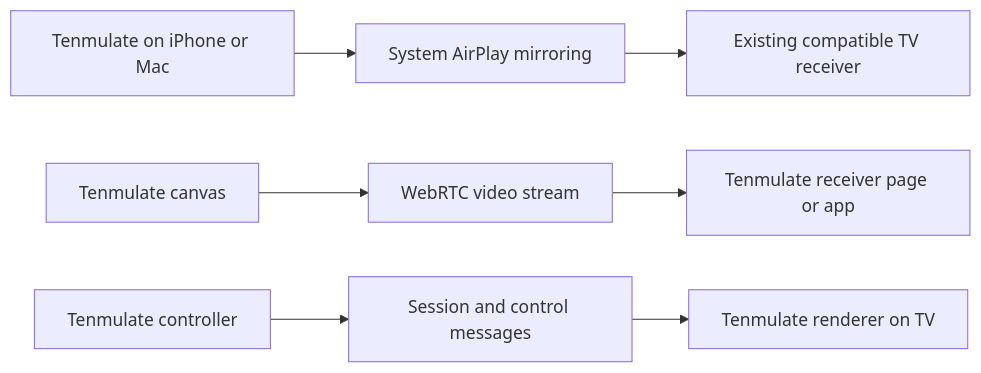
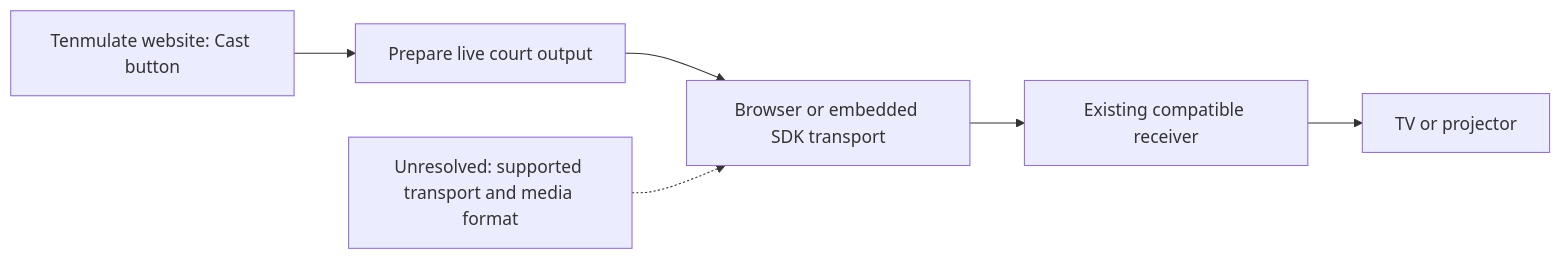
The diagram in docs/research/lan-casting-and-mirroring-2026-09-08.md (XiaoTianFan/Tenmulate), drawn with Mermaid before and after one commit. The commit also changed other lines of this file and 2 other files, not shown here.

Commit message:
docs: constrain casting research to website senders and existing receivers

````diff
--- a/docs/research/lan-casting-and-mirroring-2026-09-08.md
+++ b/docs/research/lan-casting-and-mirroring-2026-09-08.md
@@ -35,9 +44,8 @@
 ```mermaid
 flowchart LR
-    A[Tenmulate on iPhone or Mac] --> B[System AirPlay mirroring]
-    B --> C[Existing compatible TV receiver]
-    D[Tenmulate canvas] --> E[WebRTC video stream]
-    E --> F[Tenmulate receiver page or app]
-    G[Tenmulate controller] --> H[Session and control messages]
-    H --> I[Tenmulate renderer on TV]
+    A[Tenmulate website: Cast button] --> B[Prepare live court output]
+    B --> C[Browser or embedded SDK transport]
+    C --> D[Existing compatible receiver]
+    D --> E[TV or projector]
+    F[Unresolved: supported transport and media format] -.-> C
 ```
````
